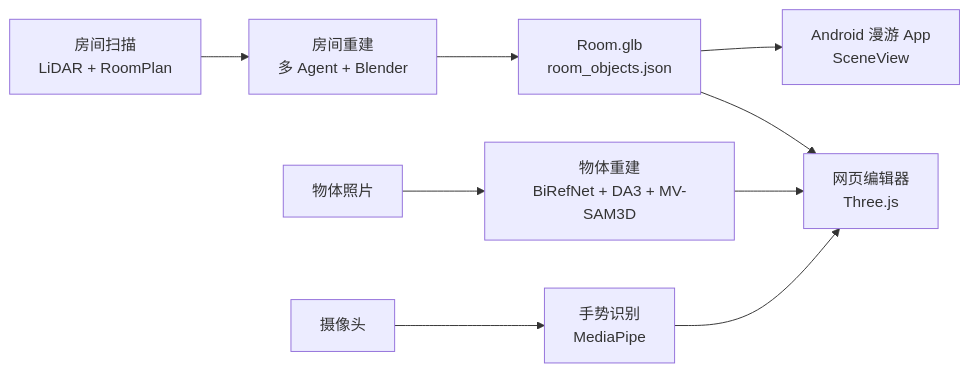
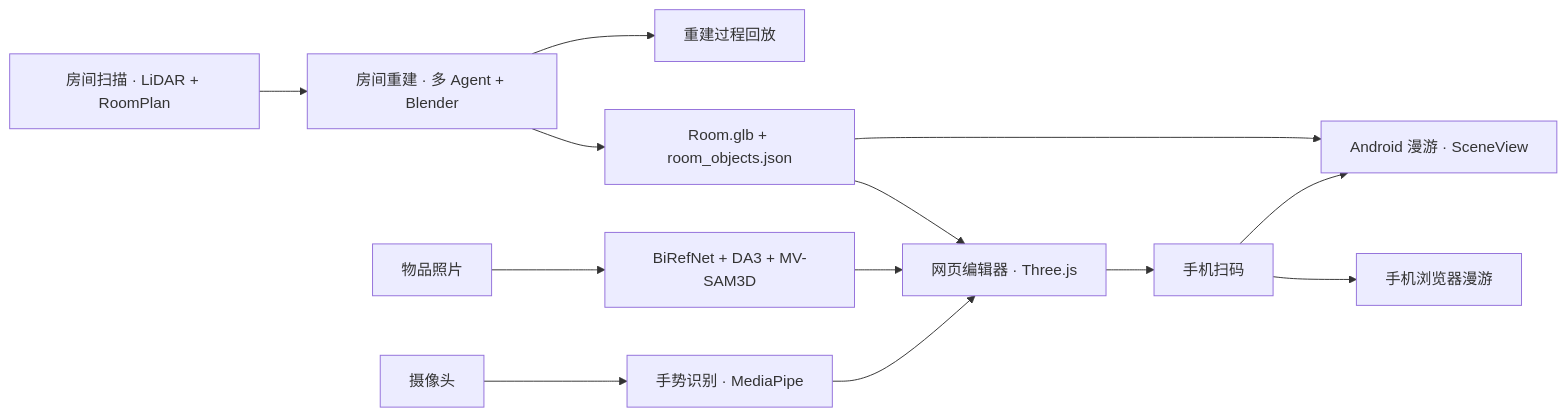
Before and after one commit to innovationasuna/RoomCanvas: the diagram in README.md, drawn with Mermaid. The commit also changed other lines of this file and 11 other files, not shown here.

````diff
--- a/README.md
+++ b/README.md
@@ -248,10 +175,11 @@
 ```mermaid
 flowchart LR
-  scan["房间扫描<br/>LiDAR + RoomPlan"] --> room["房间重建<br/>多 Agent + Blender"]
-  room --> glb["Room.glb<br/>room_objects.json"]
-  photos["物体照片"] --> object["物体重建<br/>BiRefNet + DA3 + MV-SAM3D"]
-  glb --> editor["网页编辑器<br/>Three.js"]
-  object --> editor
-  camera["摄像头"] --> gesture["手势识别<br/>MediaPipe"] --> editor
-  glb --> app["Android 漫游 App<br/>SceneView"]
+  scan["房间扫描 · LiDAR + RoomPlan"] --> room["房间重建 · 多 Agent + Blender"]
+  room --> glb["Room.glb + room_objects.json"] --> editor["网页编辑器 · Three.js"]
+  room --> replay["重建过程回放"]
+  photos["物品照片"] --> object["BiRefNet + DA3 + MV-SAM3D"] --> editor
+  camera["摄像头"] --> gesture["手势识别 · MediaPipe"] --> editor
+  glb --> app["Android 漫游 · SceneView"]
+  editor --> mobile["手机扫码"] --> browser["手机浏览器漫游"]
+  mobile --> app
 ```
````
